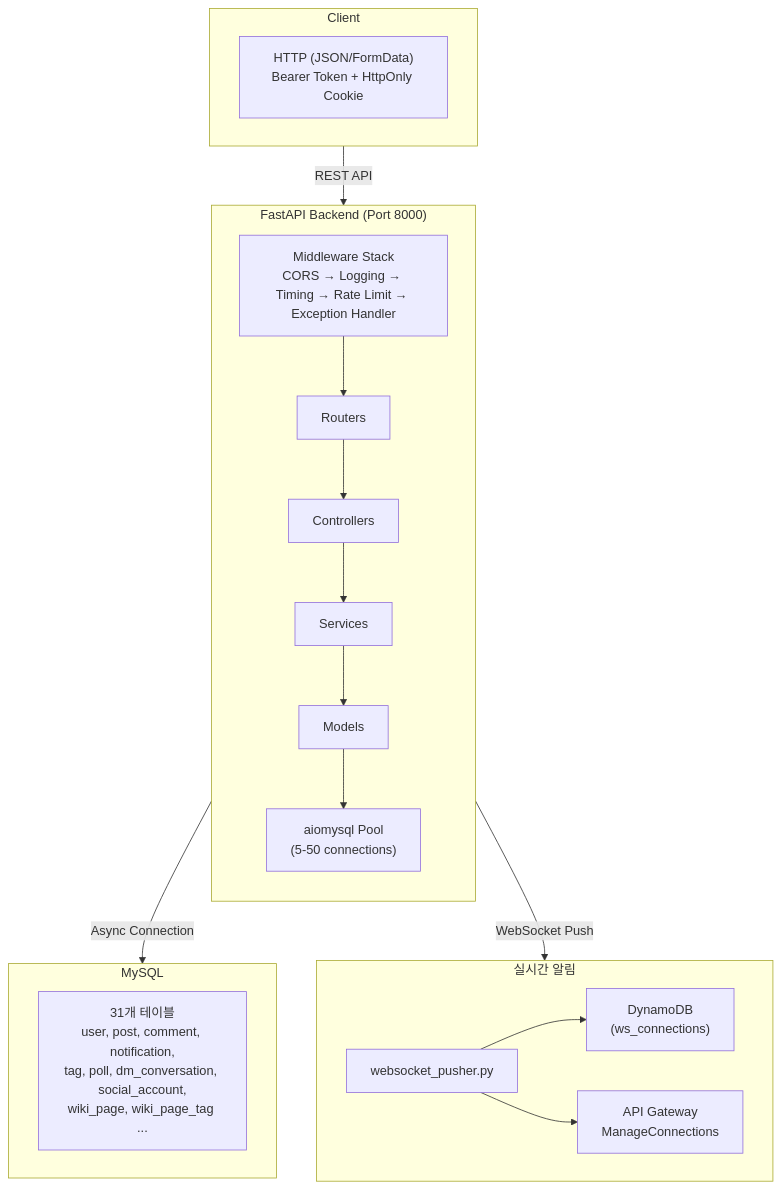
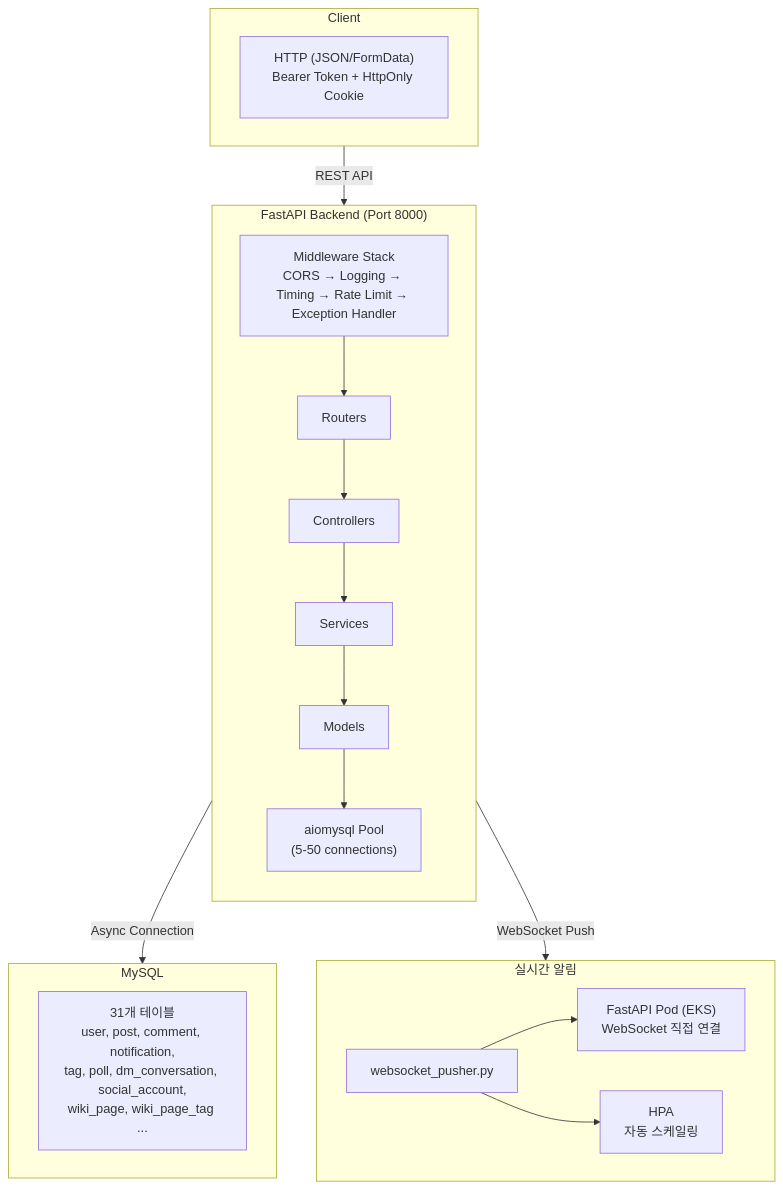
The first of 5 diagrams in README.md (revenantonthemission/2-cho-community-be), drawn with Mermaid before and after one commit. The commit also changed other lines of this file, not shown here.

First line of the commit message:
docs: README EKS 전환 + 위키 태그 API + 부하 테스트 결과 반영

````diff
--- a/README.md
+++ b/README.md
@@ -23,32 +23,32 @@
 ```mermaid
 flowchart TD
     subgraph Client["Client"]
         FE["HTTP (JSON/FormData)<br/>Bearer Token + HttpOnly Cookie"]
     end
 
     Client -->|"REST API"| Backend
 
     subgraph Backend["FastAPI Backend (Port 8000)"]
         direction TB
         MW["Middleware Stack<br/>CORS → Logging → Timing → Rate Limit → Exception Handler"]
         MW --> Routers
         Routers --> Controllers
         Controllers --> Services
         Services --> Models
         Models --> Pool["aiomysql Pool<br/>(5-50 connections)"]
     end
 
     Backend -->|"Async Connection"| DB
 
     subgraph DB["MySQL"]
         Tables["31개 테이블<br/>user, post, comment, notification,<br/>tag, poll, dm_conversation, social_account,<br/>wiki_page, wiki_page_tag ..."]
     end
 
     Backend -->|"WebSocket Push"| WS
 
     subgraph WS["실시간 알림"]
         Pusher["websocket_pusher.py"]
-        Pusher --> DynamoDB["DynamoDB<br/>(ws_connections)"]
-        Pusher --> APIGW["API Gateway<br/>ManageConnections"]
+        Pusher --> K8sPod["FastAPI Pod (EKS)<br/>WebSocket 직접 연결"]
+        Pusher --> HPA["HPA<br/>자동 스케일링"]
     end
 ```
````
